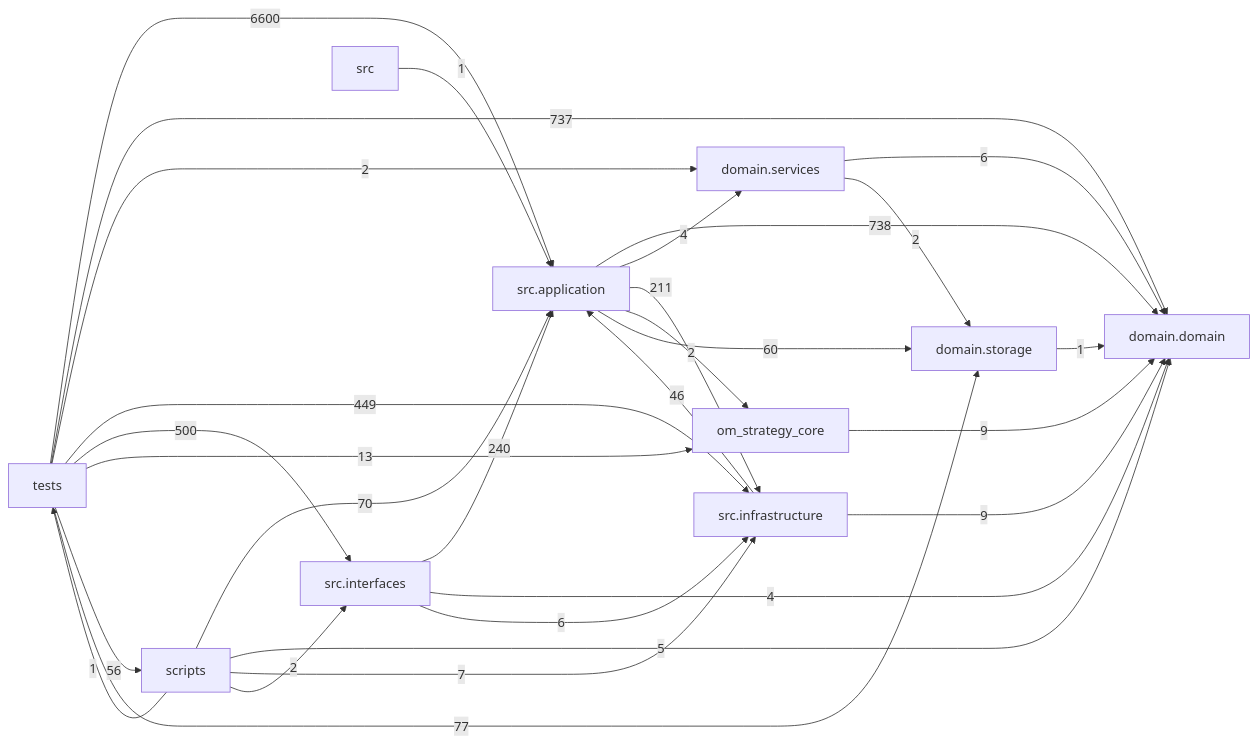
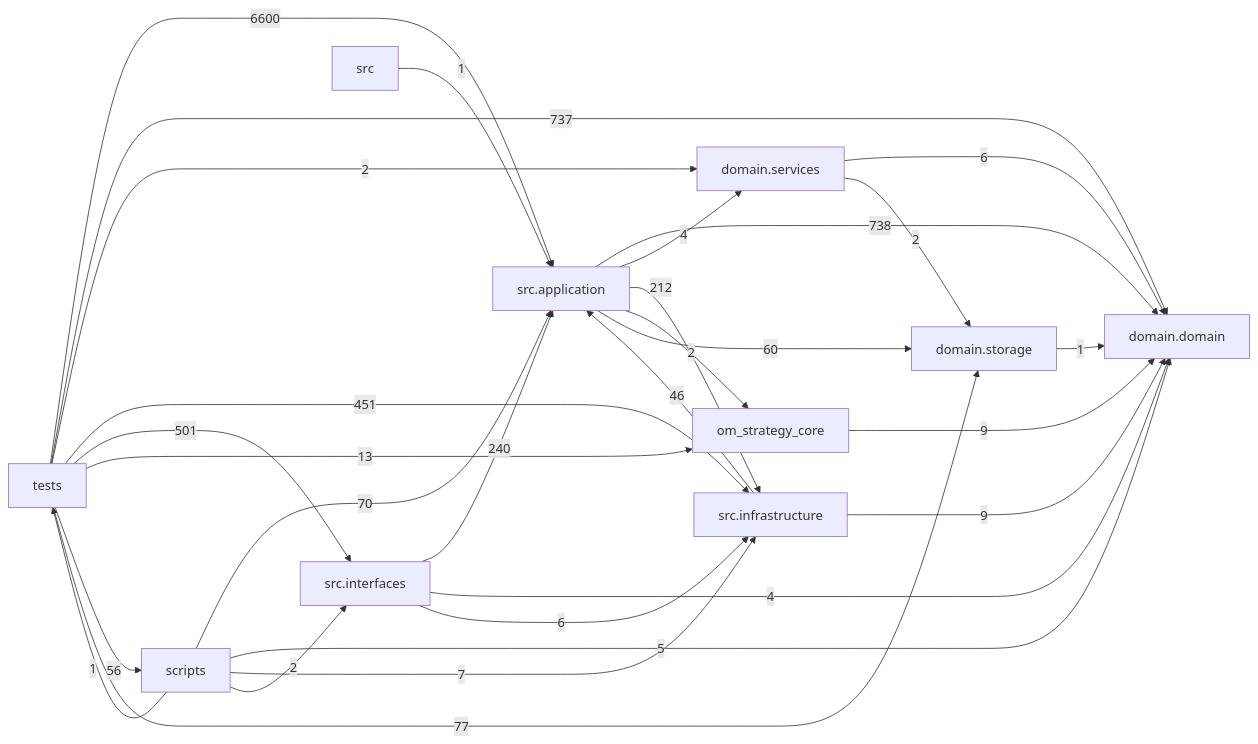
Before and after one commit to liuxie066/options-monitor: the diagram in docs/DEPENDENCY_GRAPH.md, drawn with Mermaid. The commit also changed other lines of this file and 4 other files, not shown here.

````diff
--- a/docs/DEPENDENCY_GRAPH.md
+++ b/docs/DEPENDENCY_GRAPH.md
@@ -24,39 +24,39 @@
 ```mermaid
 flowchart LR
   tests["tests"]
   scripts["scripts"]
   interfaces["src.interfaces"]
   application["src.application"]
   infrastructure["src.infrastructure"]
   domain_services["domain.services"]
   domain["domain.domain"]
   storage["domain.storage"]
   application -->|738| domain
   application -->|4| domain_services
-  application -->|211| infrastructure
+  application -->|212| infrastructure
   application -->|2| om_strategy_core
   application -->|60| storage
   domain_services -->|6| domain
   domain_services -->|2| storage
   infrastructure -->|46| application
   infrastructure -->|9| domain
   interfaces -->|240| application
   interfaces -->|4| domain
   interfaces -->|6| infrastructure
   om_strategy_core -->|9| domain
   scripts -->|70| application
   scripts -->|5| domain
   scripts -->|7| infrastructure
   scripts -->|2| interfaces
   scripts -->|1| tests
   src -->|1| application
   storage -->|1| domain
   tests -->|6600| application
   tests -->|737| domain
   tests -->|2| domain_services
-  tests -->|449| infrastructure
-  tests -->|500| interfaces
+  tests -->|451| infrastructure
+  tests -->|501| interfaces
   tests -->|13| om_strategy_core
   tests -->|56| scripts
   tests -->|77| storage
 ```
````
